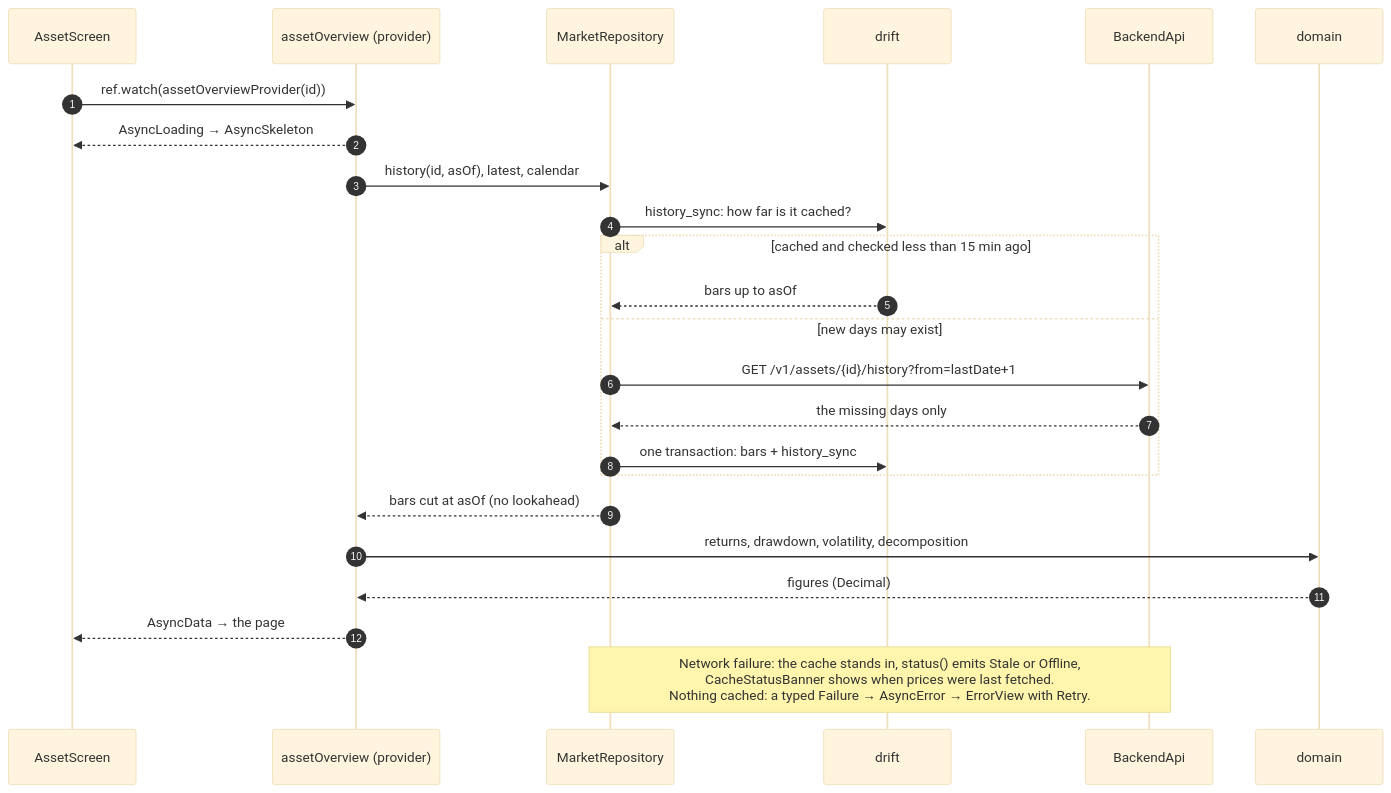
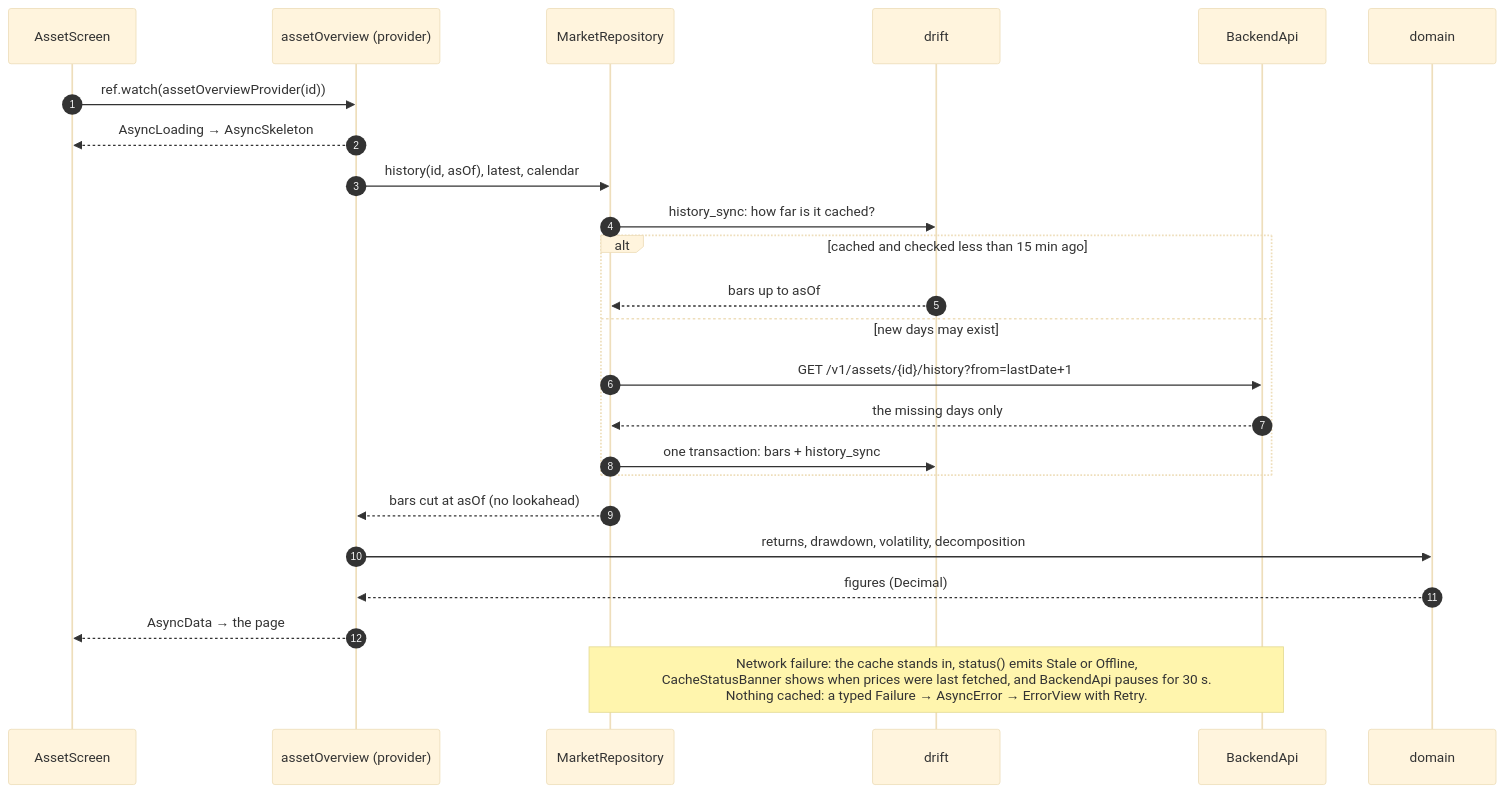
One commit to mikaellecam/motu changed the fifth of 5 diagrams in docs/report/architecture.md. Above: the diagram before and after it, drawn with Mermaid (base theme). The commit also changed other lines of this file and 31 other files, not shown here.

````diff
--- a/docs/report/architecture.md
+++ b/docs/report/architecture.md
@@ -218,26 +227,26 @@
 ```mermaid
 sequenceDiagram
   autonumber
   participant S as AssetScreen
   participant P as assetOverview (provider)
   participant M as MarketRepository
   participant DB as drift
   participant B as BackendApi
   participant Dm as domain
   S->>P: ref.watch(assetOverviewProvider(id))
   P-->>S: AsyncLoading → AsyncSkeleton
   P->>M: history(id, asOf), latest, calendar
   M->>DB: history_sync: how far is it cached?
   alt cached and checked less than 15 min ago
     DB-->>M: bars up to asOf
   else new days may exist
     M->>B: GET /v1/assets/{id}/history?from=lastDate+1
     B-->>M: the missing days only
     M->>DB: one transaction: bars + history_sync
   end
   M-->>P: bars cut at asOf (no lookahead)
   P->>Dm: returns, drawdown, volatility, decomposition
   Dm-->>P: figures (Decimal)
   P-->>S: AsyncData → the page
-  Note over M,B: Network failure: the cache stands in, status() emits Stale or Offline,<br/>CacheStatusBanner shows when prices were last fetched.<br/>Nothing cached: a typed Failure → AsyncError → ErrorView with Retry.
+  Note over M,B: Network failure: the cache stands in, status() emits Stale or Offline,<br/>CacheStatusBanner shows when prices were last fetched, and BackendApi pauses for 30 s.<br/>Nothing cached: a typed Failure → AsyncError → ErrorView with Retry.
 ```
````
